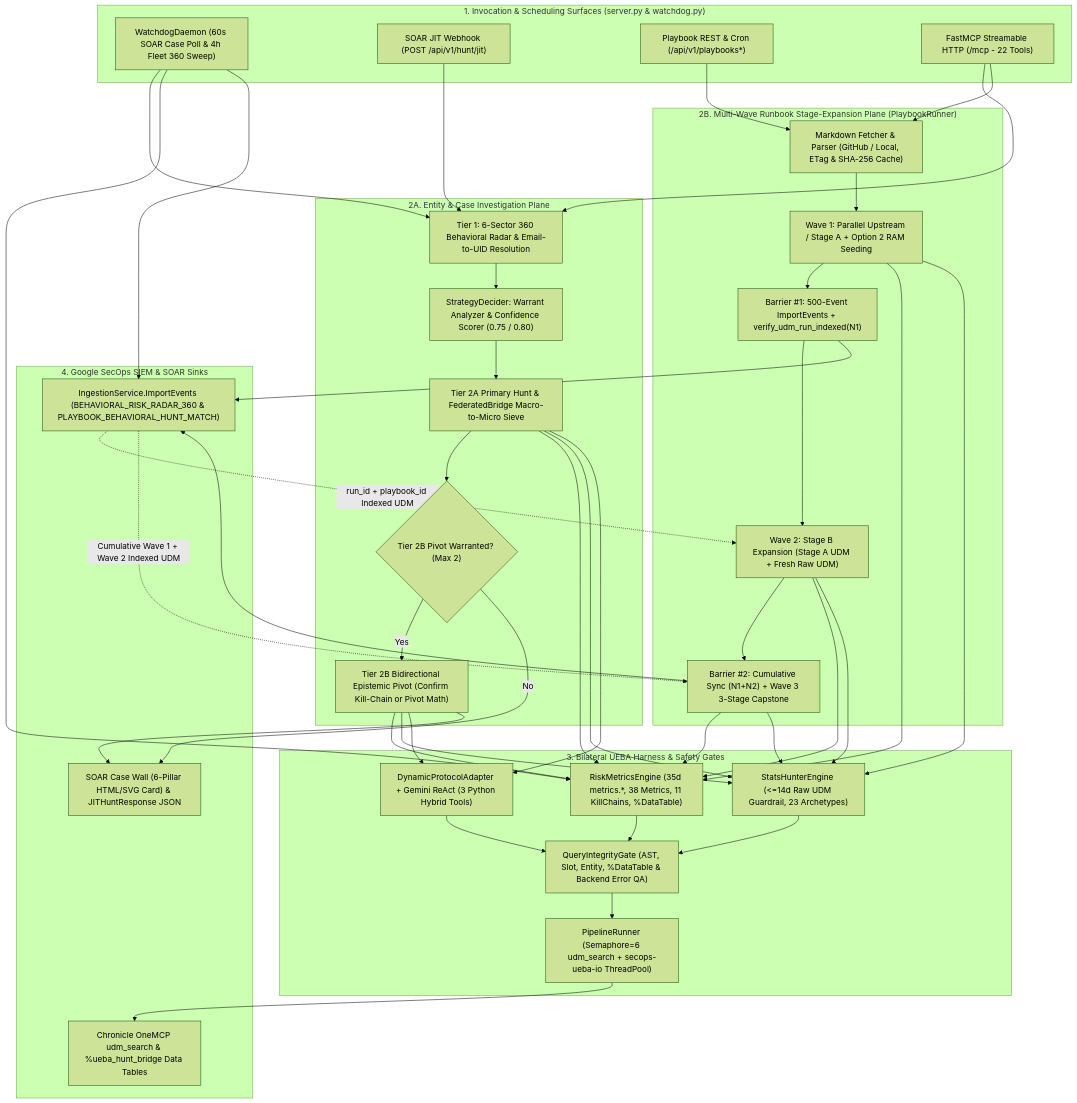
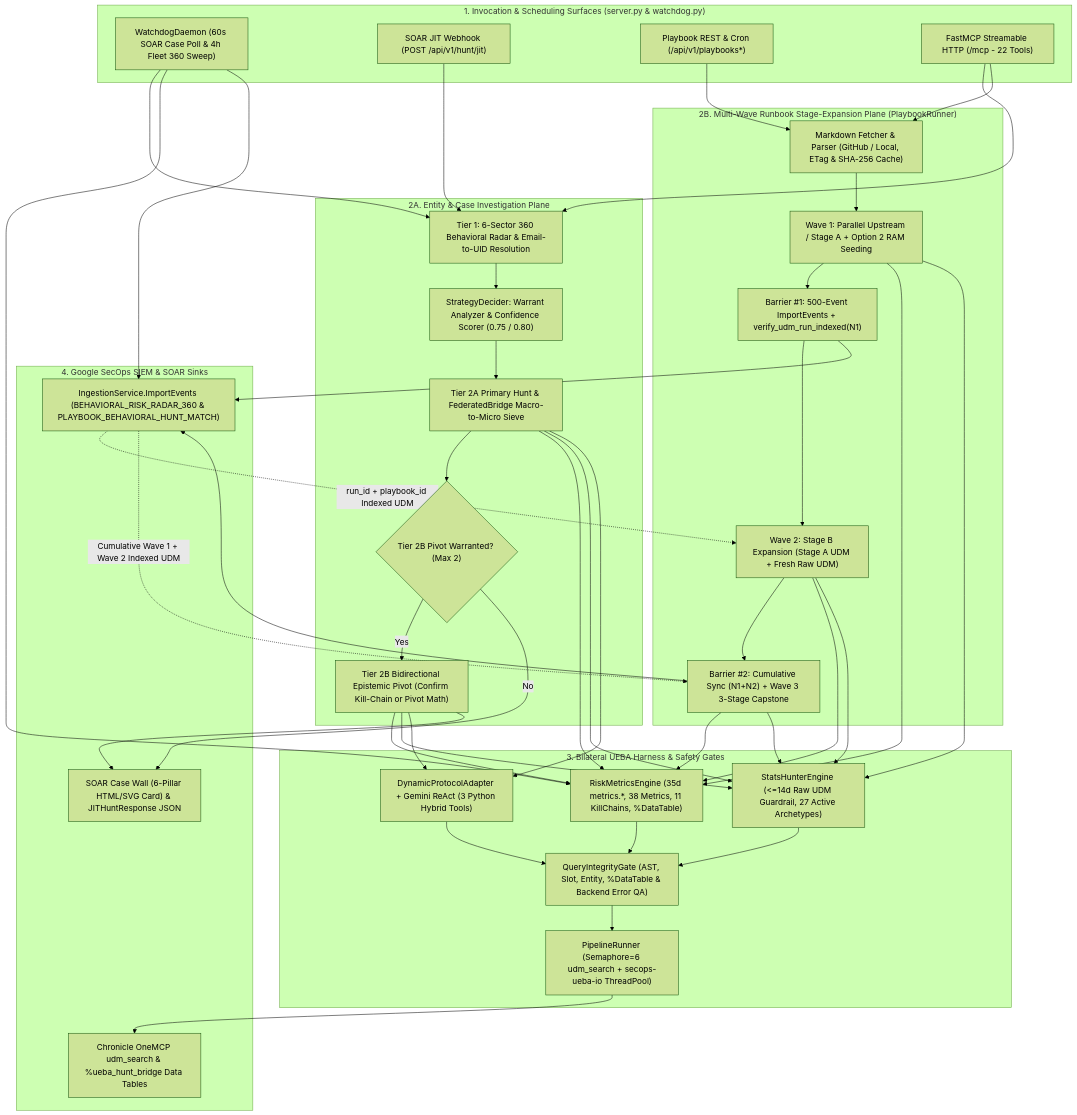
The diagram in ARCHITECTURE.md (GooGKush/agentic-ueba), drawn with Mermaid (forest theme) before and after one commit. The commit also changed other lines of this file and 32 other files, not shown here.

````diff
--- a/ARCHITECTURE.md
+++ b/ARCHITECTURE.md
@@ -41,56 +41,56 @@
 ```mermaid
 flowchart TD
     subgraph Interfaces ["1. Invocation & Scheduling Surfaces (server.py & watchdog.py)"]
         I1["WatchdogDaemon (60s SOAR Case Poll & 4h Fleet 360 Sweep)"]
         I2["SOAR JIT Webhook (POST /api/v1/hunt/jit)"]
         I3["Playbook REST & Cron (/api/v1/playbooks*)"]
         I4["FastMCP Streamable HTTP (/mcp - 22 Tools)"]
     end
 
     subgraph EntityFlow ["2A. Entity & Case Investigation Plane"]
         E1["Tier 1: 6-Sector 360 Behavioral Radar & Email-to-UID Resolution"]
         E2["StrategyDecider: Warrant Analyzer & Confidence Scorer (0.75 / 0.80)"]
         E3["Tier 2A Primary Hunt & FederatedBridge Macro-to-Micro Sieve"]
         E4{"Tier 2B Pivot Warranted? (Max 2)"}
         E5["Tier 2B Bidirectional Epistemic Pivot (Confirm Kill-Chain or Pivot Math)"]
         E1 --> E2 --> E3 --> E4
         E4 -- "Yes" --> E5
     end
 
     subgraph PlaybookFlow ["2B. Multi-Wave Runbook Stage-Expansion Plane (PlaybookRunner)"]
         P1["Markdown Fetcher & Parser (GitHub / Local, ETag & SHA-256 Cache)"]
         P2["Wave 1: Parallel Upstream / Stage A + Option 2 RAM Seeding"]
         P3["Barrier #1: 500-Event ImportEvents + verify_udm_run_indexed(N1)"]
         P4["Wave 2: Stage B Expansion (Stage A UDM + Fresh Raw UDM)"]
         P5["Barrier #2: Cumulative Sync (N1+N2) + Wave 3 3-Stage Capstone"]
         P1 --> P2 --> P3 --> P4 --> P5
     end
 
     subgraph Harness ["3. Bilateral UEBA Harness & Safety Gates"]
         M1["RiskMetricsEngine (35d metrics.*, 38 Metrics, 11 KillChains, %DataTable)"]
-        M2["StatsHunterEngine (<=14d Raw UDM Guardrail, 23 Archetypes)"]
+        M2["StatsHunterEngine (<=14d Raw UDM Guardrail, 27 Active Archetypes)"]
         M3["DynamicProtocolAdapter + Gemini ReAct (3 Python Hybrid Tools)"]
         QG["QueryIntegrityGate (AST, Slot, Entity, %DataTable & Backend Error QA)"]
         SEM["PipelineRunner (Semaphore=6 udm_search + secops-ueba-io ThreadPool)"]
     end
 
     subgraph Chronicle ["4. Google SecOps SIEM & SOAR Sinks"]
         UDM_Q["Chronicle OneMCP udm_search & %ueba_hunt_bridge Data Tables"]
         UDM_IN["IngestionService.ImportEvents (BEHAVIORAL_RISK_RADAR_360 & PLAYBOOK_BEHAVIORAL_HUNT_MATCH)"]
         CW["SOAR Case Wall (6-Pillar HTML/SVG Card) & JITHuntResponse JSON"]
     end
 
     I1 & I2 & I4 --> E1
     I1 --> M1
     I3 & I4 --> P1
 
     E3 & E5 --> M1 & M2 & M3
     E4 -- "No" --> CW
     E5 --> CW
     P2 & P4 & P5 --> M1 & M2
 
     M1 & M2 & M3 --> QG --> SEM --> UDM_Q
     I1 & P3 & P5 --> UDM_IN
     UDM_IN -. "run_id + playbook_id Indexed UDM" .-> P4
     UDM_IN -. "Cumulative Wave 1 + Wave 2 Indexed UDM" .-> P5
 ```
````
